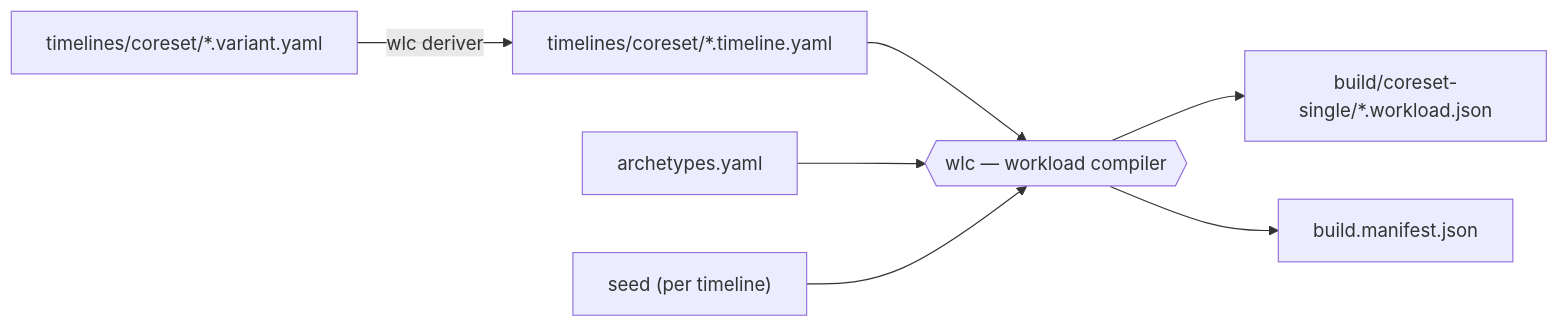
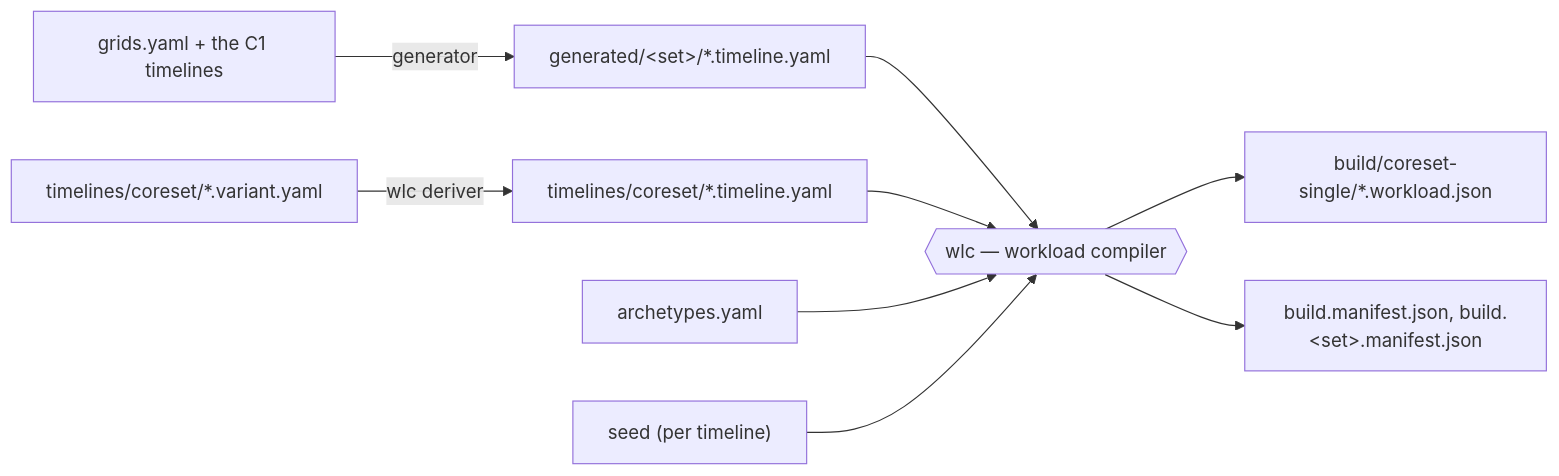
One commit to logis11/LLM_driven_shceduling changed the diagram in dataset/README.md. Above: the diagram before and after it, drawn with Mermaid. The commit also changed other lines of this file and 5 other files, not shown here.

````diff
--- a/dataset/README.md
+++ b/dataset/README.md
@@ -25,10 +32,12 @@
 ```mermaid
 flowchart LR
     V["timelines/coreset/*.variant.yaml"] -- "wlc deriver" --> T
+    D["grids.yaml + the C1 timelines"] -- "generator" --> X["generated/&lt;set&gt;/*.timeline.yaml"]
+    X --> W
     T["timelines/coreset/*.timeline.yaml"] --> W
     A["archetypes.yaml"] --> W
     S["seed (per timeline)"] --> W
     W{{"wlc — workload compiler"}}
     W --> G["build/coreset-single/*.workload.json"]
-    W --> M["build.manifest.json"]
+    W --> M["build.manifest.json, build.&lt;set&gt;.manifest.json"]
 ```
````
